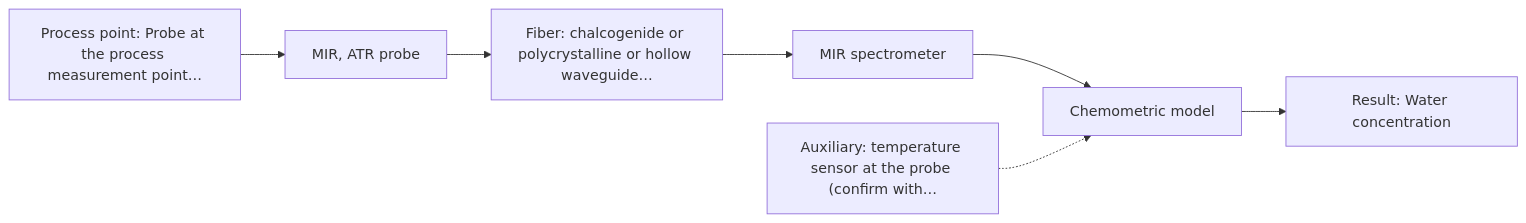
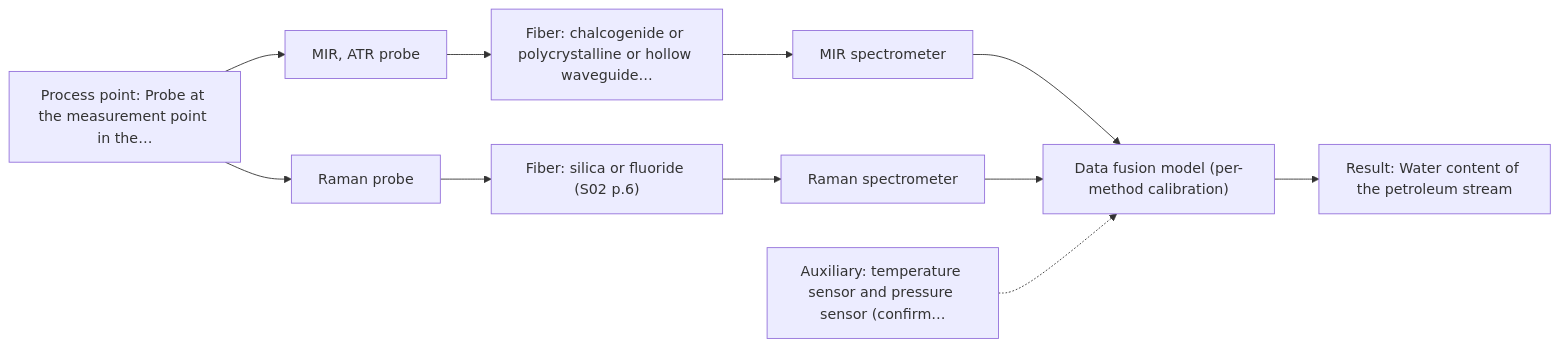
The diagram in outputs/dev/D06.md (sleipnir029/Afs-Spectroscopy-Assistant), drawn with Mermaid before and after one commit. The commit also changed other lines of this file and 18 other files, not shown here.

````diff
--- a/outputs/dev/D06.md
+++ b/outputs/dev/D06.md
@@ -43,16 +35,23 @@
 ```mermaid
 flowchart LR
-    proc["Process point: Probe at the process measurement point…"]
+    proc["Process point: Probe at the measurement point in the…"]
     probe1["MIR, ATR probe"]
     fiber1["Fiber: chalcogenide or polycrystalline or hollow waveguide…"]
     spec1["MIR spectrometer"]
-    model["Chemometric model"]
-    result["Result: Water concentration"]
-    aux1["Auxiliary: temperature sensor at the probe (confirm with…"]
+    probe2["Raman probe"]
+    fiber2["Fiber: silica or fluoride (S02 p.6)"]
+    spec2["Raman spectrometer"]
+    model["Data fusion model (per-method calibration)"]
+    result["Result: Water content of the petroleum stream"]
+    aux1["Auxiliary: temperature sensor and pressure sensor (confirm…"]
     proc --> probe1
     probe1 --> fiber1
     fiber1 --> spec1
     spec1 --> model
+    proc --> probe2
+    probe2 --> fiber2
+    fiber2 --> spec2
+    spec2 --> model
     model --> result
     aux1 -.-> model
 ```
````
